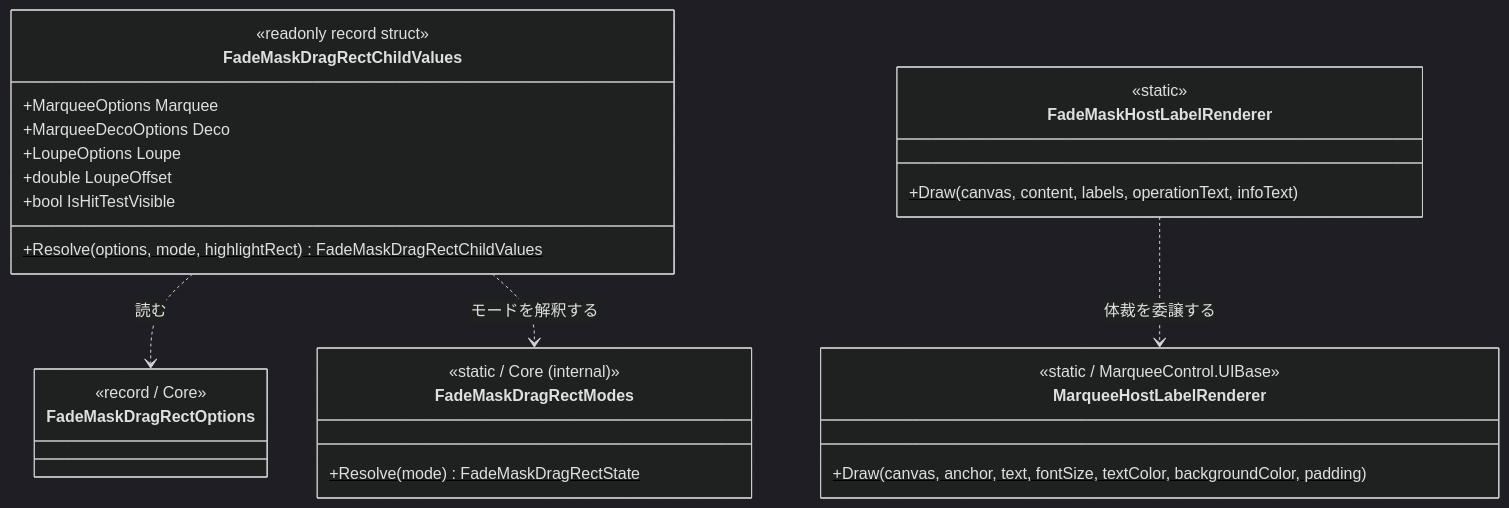
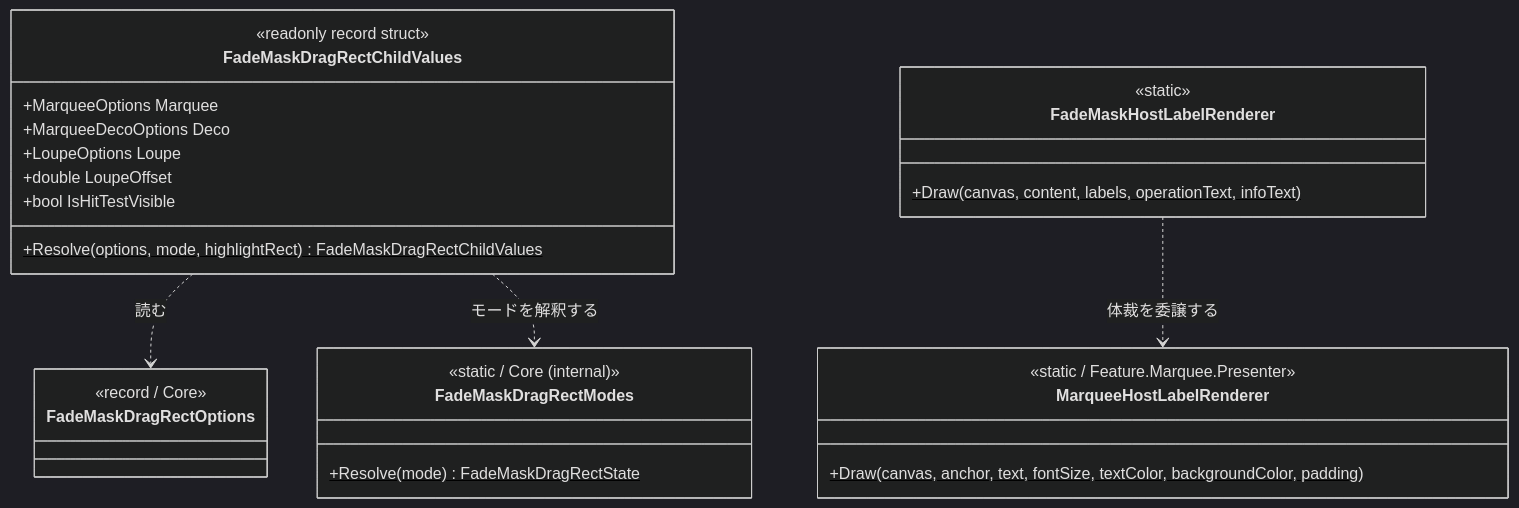
One commit to tomokuni/SaveEvidence changed the second of 5 diagrams in src/FadeMaskDragRectControl.UIBase/SPEC_System.md. Above: the diagram before and after it, drawn with Mermaid (dark theme). The commit also changed other lines of this file and 334 other files, not shown here.

````diff
--- a/src/FadeMaskDragRectControl.UIBase/SPEC_System.md
+++ b/src/FadeMaskDragRectControl.UIBase/SPEC_System.md
@@ -49,31 +49,31 @@
 ```mermaid
 classDiagram
   class FadeMaskDragRectChildValues {
     <<readonly record struct>>
     +MarqueeOptions Marquee
     +MarqueeDecoOptions Deco
     +LoupeOptions Loupe
     +double LoupeOffset
     +bool IsHitTestVisible
     +Resolve(options, mode, highlightRect)$ FadeMaskDragRectChildValues
   }
   class FadeMaskHostLabelRenderer {
     <<static>>
     +Draw(canvas, content, labels, operationText, infoText)$
   }
   class FadeMaskDragRectOptions {
     <<record / Core>>
   }
   class FadeMaskDragRectModes {
     <<static / Core (internal)>>
     +Resolve(mode)$ FadeMaskDragRectState
   }
   class MarqueeHostLabelRenderer {
-    <<static / MarqueeControl.UIBase>>
+    <<static / Feature.Marquee.Presenter>>
     +Draw(canvas, anchor, text, fontSize, textColor, backgroundColor, padding)$
   }
 
   FadeMaskDragRectChildValues ..> FadeMaskDragRectOptions : 読む
   FadeMaskDragRectChildValues ..> FadeMaskDragRectModes : モードを解釈する
   FadeMaskHostLabelRenderer ..> MarqueeHostLabelRenderer : 体裁を委譲する
 ```
````
